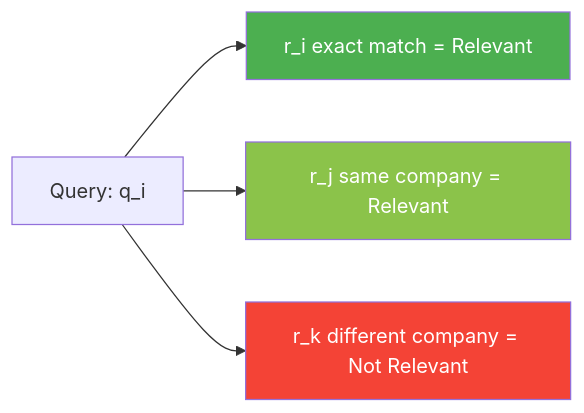
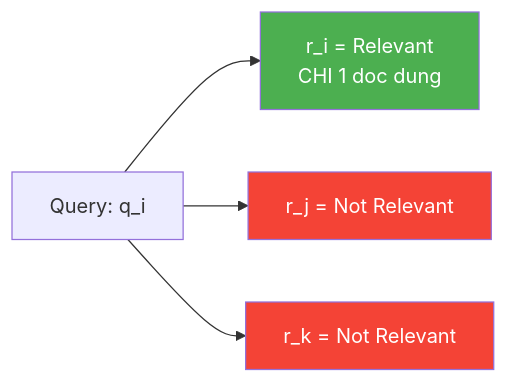
Before and after one commit to ursuswh-metamorphic/SDA_SecureDataAlliance: the third of 11 diagrams in docs/DP_Evaluation_Report.md, drawn with Mermaid. The commit also changed other lines of this file and 2 other files, not shown here.

First line of the commit message:
Update reports with exact-match F1 and DP-LoRA section

````diff
--- a/docs/DP_Evaluation_Report.md
+++ b/docs/DP_Evaluation_Report.md
@@ -104,10 +104,10 @@
 ```mermaid
 graph LR
-    Q["Query: q_i"] --> R1["r_i exact match = Relevant"]
-    Q --> R2["r_j same company = Relevant"]
-    Q --> R3["r_k different company = Not Relevant"]
+    Q["Query: q_i"] --> R1["r_i = Relevant<br/>CHI 1 doc dung"]
+    Q --> R2["r_j = Not Relevant"]
+    Q --> R3["r_k = Not Relevant"]
 
     style R1 fill:#4CAF50,color:#fff
-    style R2 fill:#8BC34A,color:#fff
+    style R2 fill:#f44336,color:#fff
     style R3 fill:#f44336,color:#fff
 ```
````
